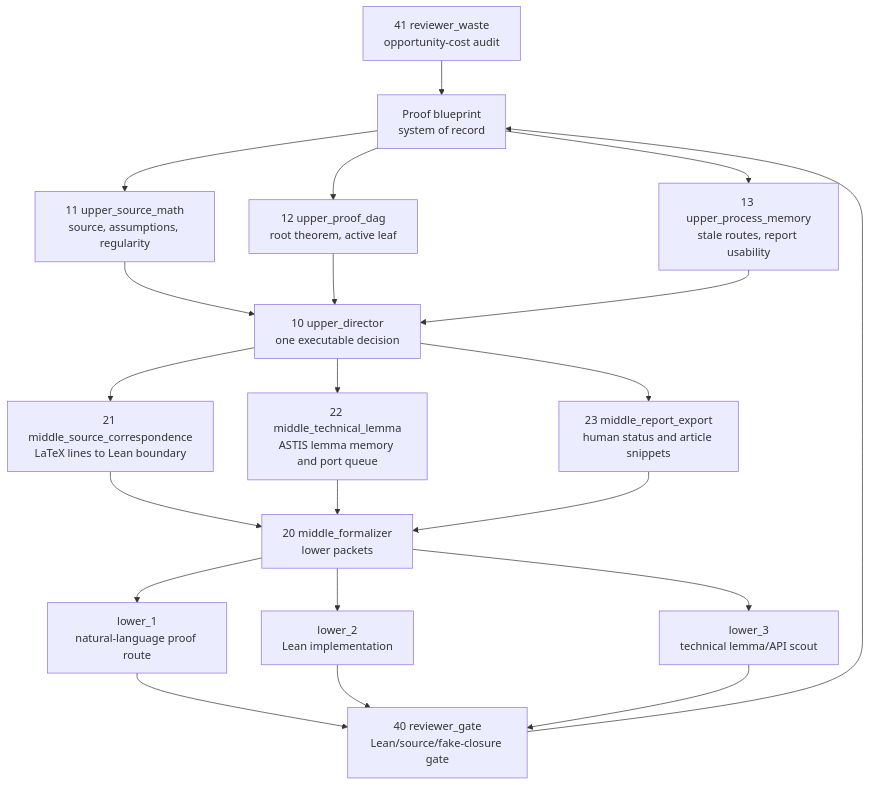
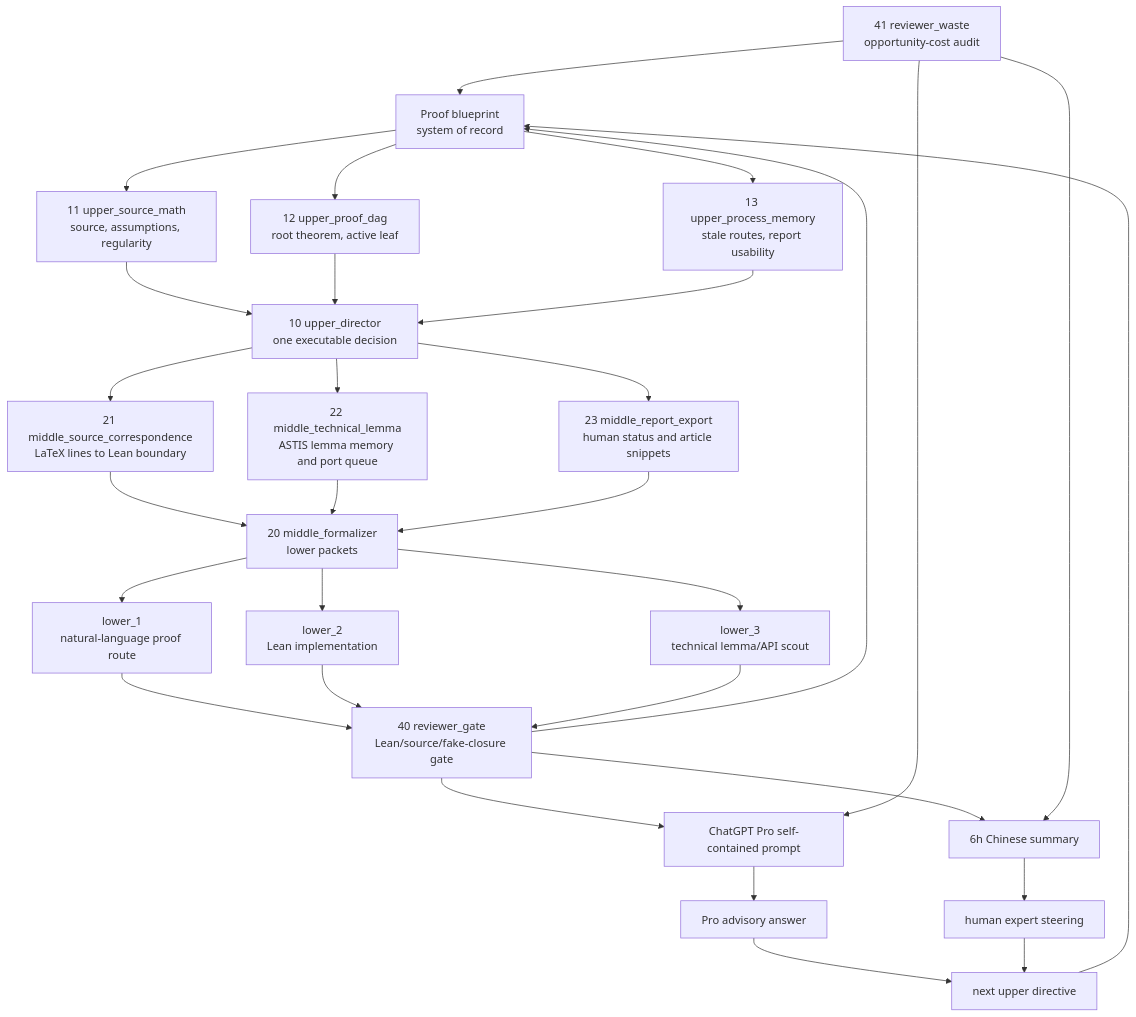
The second of 2 diagrams in README.md (DakeBU/Auto-Sampling-Theory-In-Sleep), drawn with Mermaid before and after one commit. The commit also changed other lines of this file and 1 other file, not shown here.

Commit message:
Improve ASTIS panel cadence and agent orchestration

````diff
--- a/README.md
+++ b/README.md
@@ -106,38 +106,47 @@
 ```mermaid
 flowchart TD
   B[Proof blueprint<br/>system of record]
   S[11 upper_source_math<br/>source, assumptions, regularity]
   D[12 upper_proof_dag<br/>root theorem, active leaf]
   P[13 upper_process_memory<br/>stale routes, report usability]
   U[10 upper_director<br/>one executable decision]
   C[21 middle_source_correspondence<br/>LaTeX lines to Lean boundary]
   T[22 middle_technical_lemma<br/>ASTIS lemma memory and port queue]
   E[23 middle_report_export<br/>human status and article snippets]
   M[20 middle_formalizer<br/>lower packets]
   L1[lower_1<br/>natural-language proof route]
   L2[lower_2<br/>Lean implementation]
   L3[lower_3<br/>technical lemma/API scout]
   R[40 reviewer_gate<br/>Lean/source/fake-closure gate]
   W[41 reviewer_waste<br/>opportunity-cost audit]
 
   B --> S
   B --> D
   B --> P
   S --> U
   D --> U
   P --> U
   U --> C
   U --> T
   U --> E
   C --> M
   T --> M
   E --> M
   M --> L1
   M --> L2
   M --> L3
   L1 --> R
   L2 --> R
   L3 --> R
   R --> B
   W --> B
+  R --> ZH[6h Chinese summary]
+  W --> ZH
+  R --> PRO[ChatGPT Pro self-contained prompt]
+  W --> PRO
+  PRO --> PA[Pro advisory answer]
+  ZH --> HU[human expert steering]
+  PA --> NX[next upper directive]
+  HU --> NX
+  NX --> B
 ```
````
